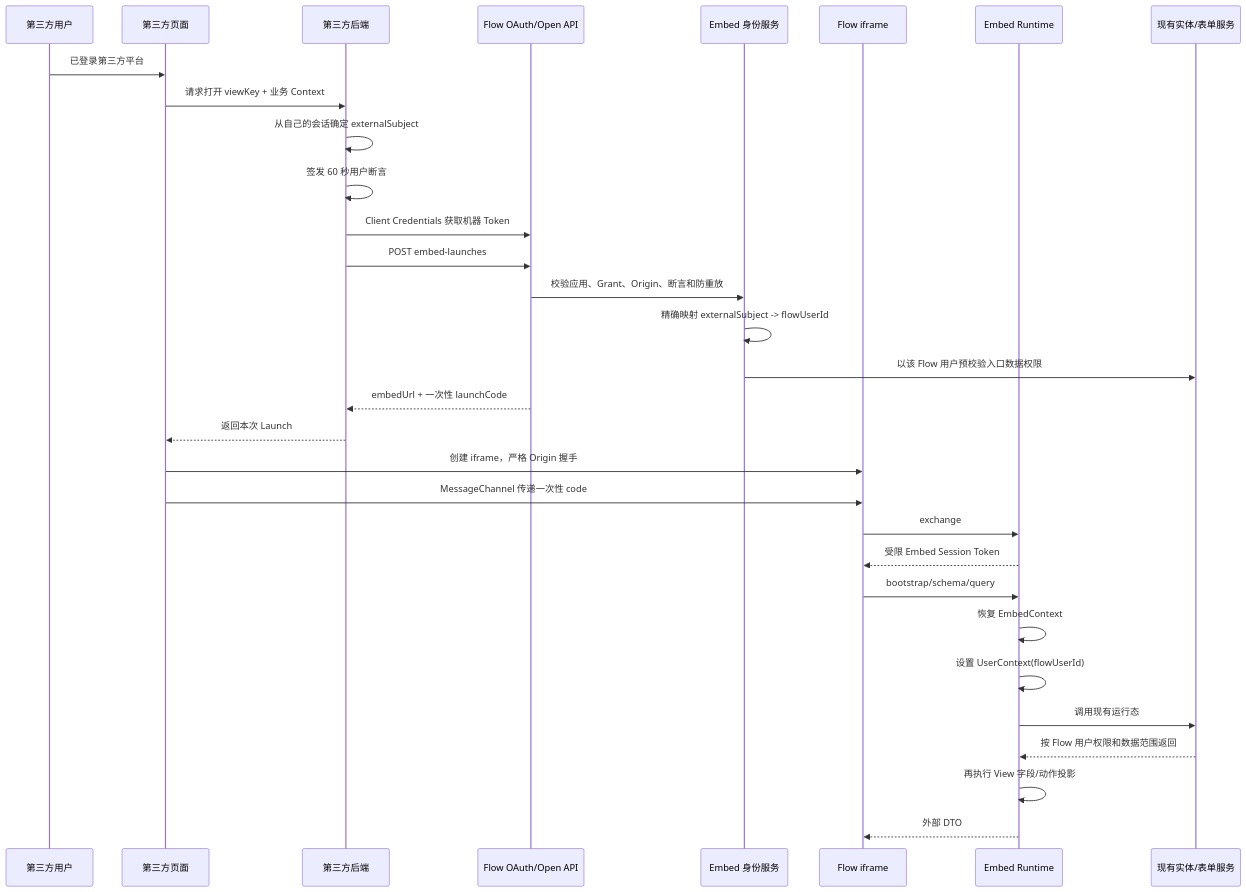
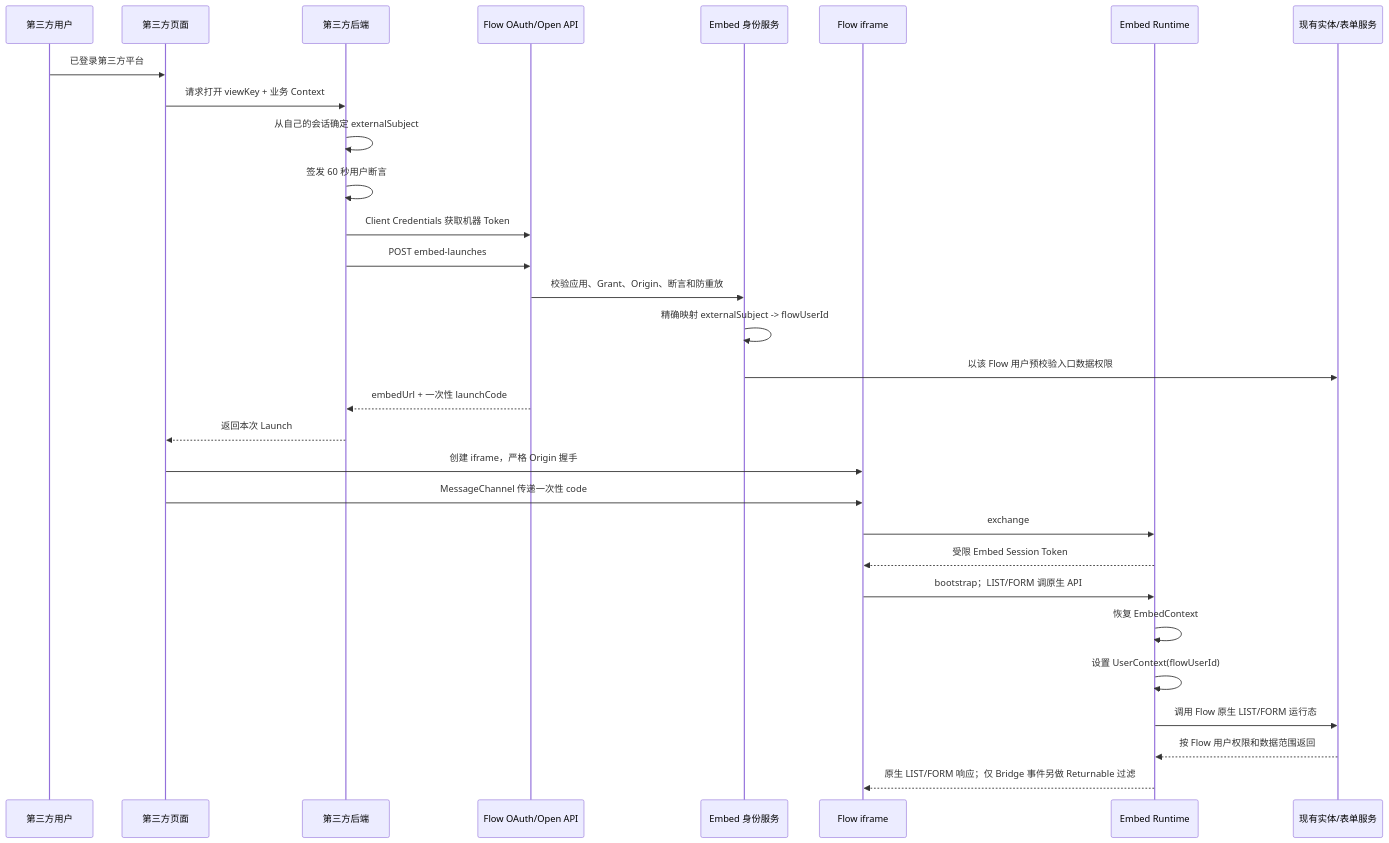
Before and after one commit to benbenbingbing/flow: the fifth of 7 diagrams in docs/embed-runtime-detailed-design.md, drawn with Mermaid. The commit also changed other lines of this file and 267 other files, not shown here.

````diff
--- a/docs/embed-runtime-detailed-design.md
+++ b/docs/embed-runtime-detailed-design.md
@@ -2325,34 +1862,33 @@
 ```mermaid
 sequenceDiagram
     participant U as 第三方用户
     participant P as 第三方页面
     participant B as 第三方后端
     participant O as Flow OAuth/Open API
     participant I as Embed 身份服务
     participant F as Flow iframe
     participant R as Embed Runtime
     participant E as 现有实体/表单服务
 
     U->>P: 已登录第三方平台
     P->>B: 请求打开 viewKey + 业务 Context
     B->>B: 从自己的会话确定 externalSubject
     B->>B: 签发 60 秒用户断言
     B->>O: Client Credentials 获取机器 Token
     B->>O: POST embed-launches
     O->>I: 校验应用、Grant、Origin、断言和防重放
     I->>I: 精确映射 externalSubject -> flowUserId
     I->>E: 以该 Flow 用户预校验入口数据权限
     O-->>B: embedUrl + 一次性 launchCode
     B-->>P: 返回本次 Launch
     P->>F: 创建 iframe，严格 Origin 握手
     P->>F: MessageChannel 传递一次性 code
     F->>R: exchange
     R-->>F: 受限 Embed Session Token
-    F->>R: bootstrap/schema/query
+    F->>R: bootstrap；LIST/FORM 调原生 API
     R->>R: 恢复 EmbedContext
     R->>R: 设置 UserContext(flowUserId)
-    R->>E: 调用现有运行态
+    R->>E: 调用 Flow 原生 LIST/FORM 运行态
     E-->>R: 按 Flow 用户权限和数据范围返回
-    R->>R: 再执行 View 字段/动作投影
-    R-->>F: 外部 DTO
+    R-->>F: 原生 LIST/FORM 响应；仅 Bridge 事件另做 Returnable 过滤
 ```
````
